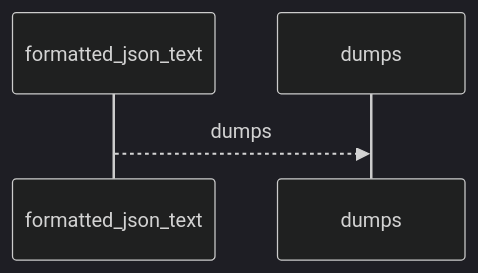
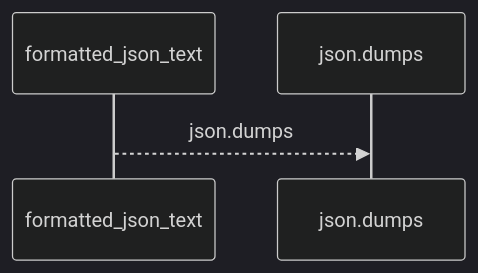
Before and after one commit to Denissvgn/python-wiki-llm: the first of 2 diagrams in docs/llm_wiki/flows/api-formatted_json_text.md, drawn with Mermaid (dark theme). The commit also changed other lines of this file and 719 other files, not shown here.

````diff
--- a/docs/llm_wiki/flows/api-formatted_json_text.md
+++ b/docs/llm_wiki/flows/api-formatted_json_text.md
@@ -10,6 +10,6 @@
 ```mermaid
 sequenceDiagram
     participant p0 as formatted_json_text
-    participant p1 as dumps
-    p0-->>p1: dumps
+    participant p1 as json.dumps
+    p0-->>p1: json.dumps
 ```
````
